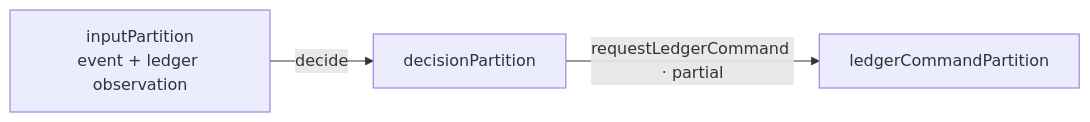
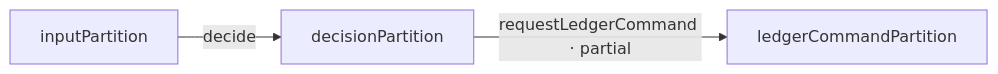
Before and after one commit to mrvanish97/archiscript: the first of 2 diagrams in README.md, drawn with Mermaid. The commit also changed other lines of this file and 3 other files, not shown here.

````diff
--- a/README.md
+++ b/README.md
@@ -78,5 +76,5 @@
 ```mermaid
 flowchart LR
-    Input["inputPartition<br/>event + ledger observation"] -->|decide| Decision["decisionPartition"]
-    Decision -->|requestLedgerCommand · partial| Ledger["ledgerCommandPartition"]
+  P0["inputPartition"] -->|"decide"| P1["decisionPartition"]
+  P1["decisionPartition"] -->|"requestLedgerCommand · partial"| P2["ledgerCommandPartition"]
 ```
````
